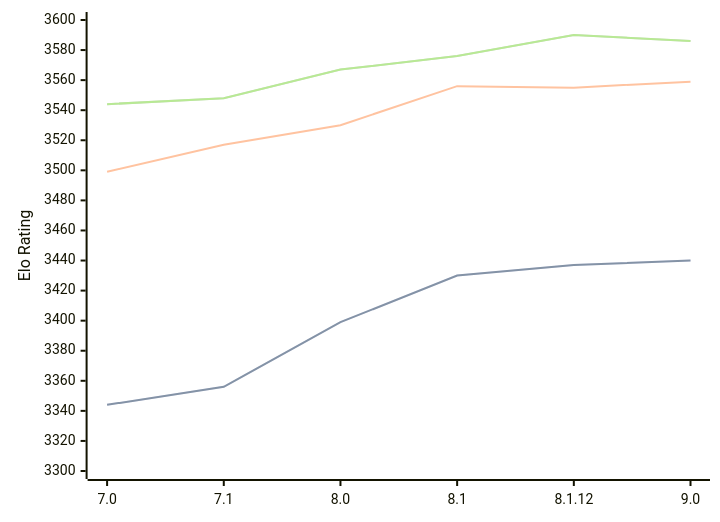
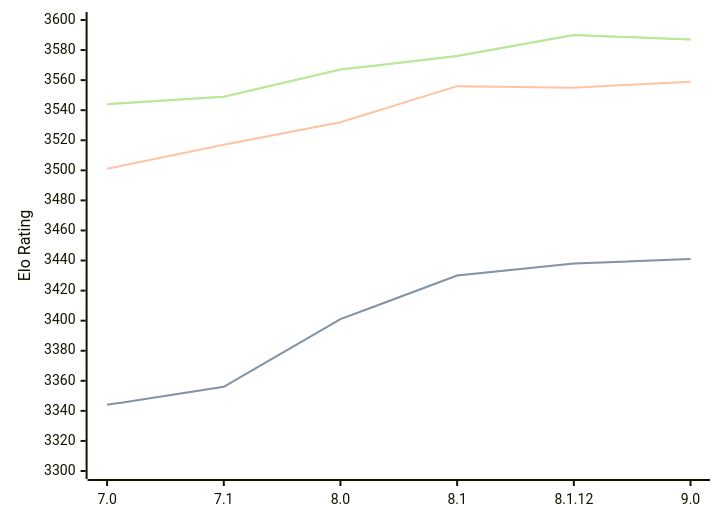
One commit to computer-chess-index/cci changed the diagram in engines/Alexandria.md. Above: the diagram before and after it, drawn with Mermaid. The commit also changed other lines of this file, not shown here.

Commit message:
Update CCI Ratings (ELO VLTC) - 2026-10-02

````diff
--- a/engines/Alexandria.md
+++ b/engines/Alexandria.md
@@ -36,11 +36,11 @@
 ```mermaid
 %%{init: {"theme":"base","themeVariables":{"seriesColors:['#a3a3a3','#222221','#faa371']}}}%%
 xychart-beta
   x-axis ["7.0", "7.1", "8.0", "8.1", "8.1.12", "9.0"]
   y-axis "Elo Rating" 3300 --> 3600
-  line "" [3344, 3356, 3399, 3430, 3437, 3440]
-  line "STC (8.0+0.08s)" [3344, 3356, 3399, 3430, 3437, 3440]
-  line "LTC (60.0+0.60s)" [3499, 3517, 3530, 3556, 3555, 3559]
-  line "" [3544, 3548, 3567, 3576, 3590, 3586]
-  line "VLTC (2m24s+1.12s)" [3544, 3548, 3567, 3576, 3590, 3586]
+  line "" [3344, 3356, 3401, 3430, 3438, 3441]
+  line "STC (8.0+0.08s)" [3344, 3356, 3401, 3430, 3438, 3441]
+  line "LTC (60.0+0.60s)" [3501, 3517, 3532, 3556, 3555, 3559]
+  line "" [3544, 3549, 3567, 3576, 3590, 3587]
+  line "VLTC (2m24s+1.12s)" [3544, 3549, 3567, 3576, 3590, 3587]
 ```
````
